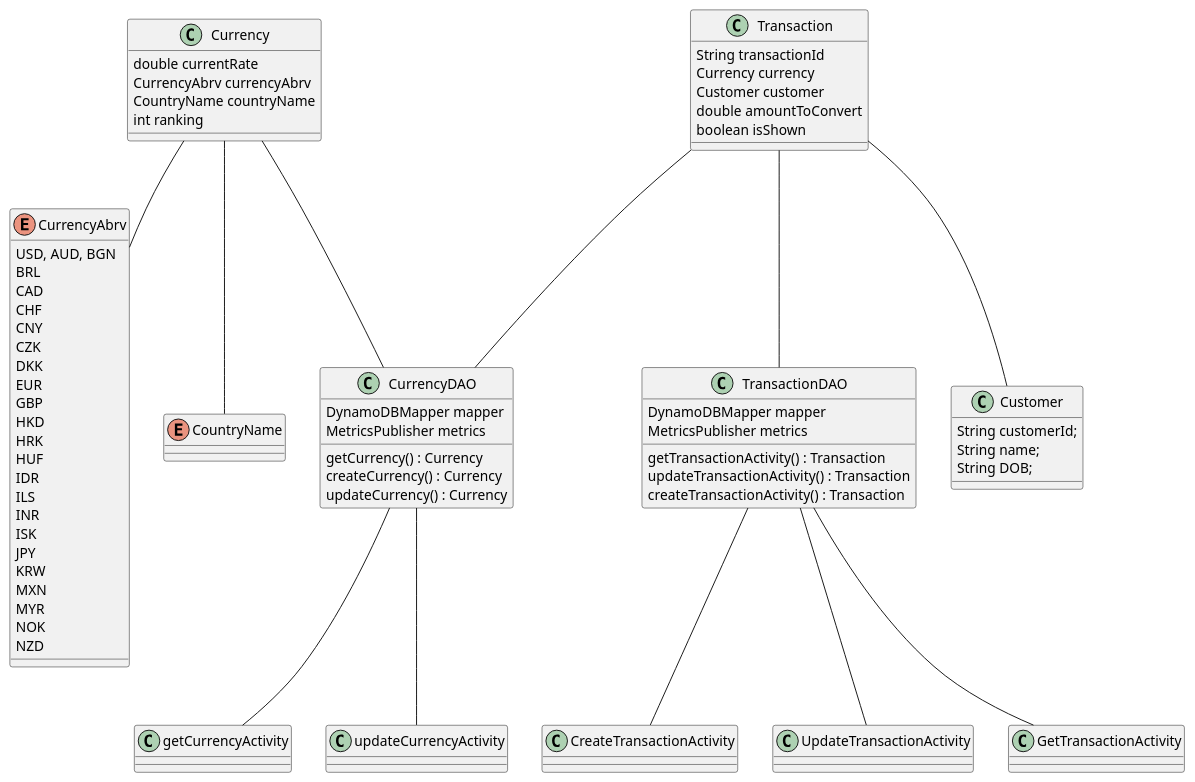
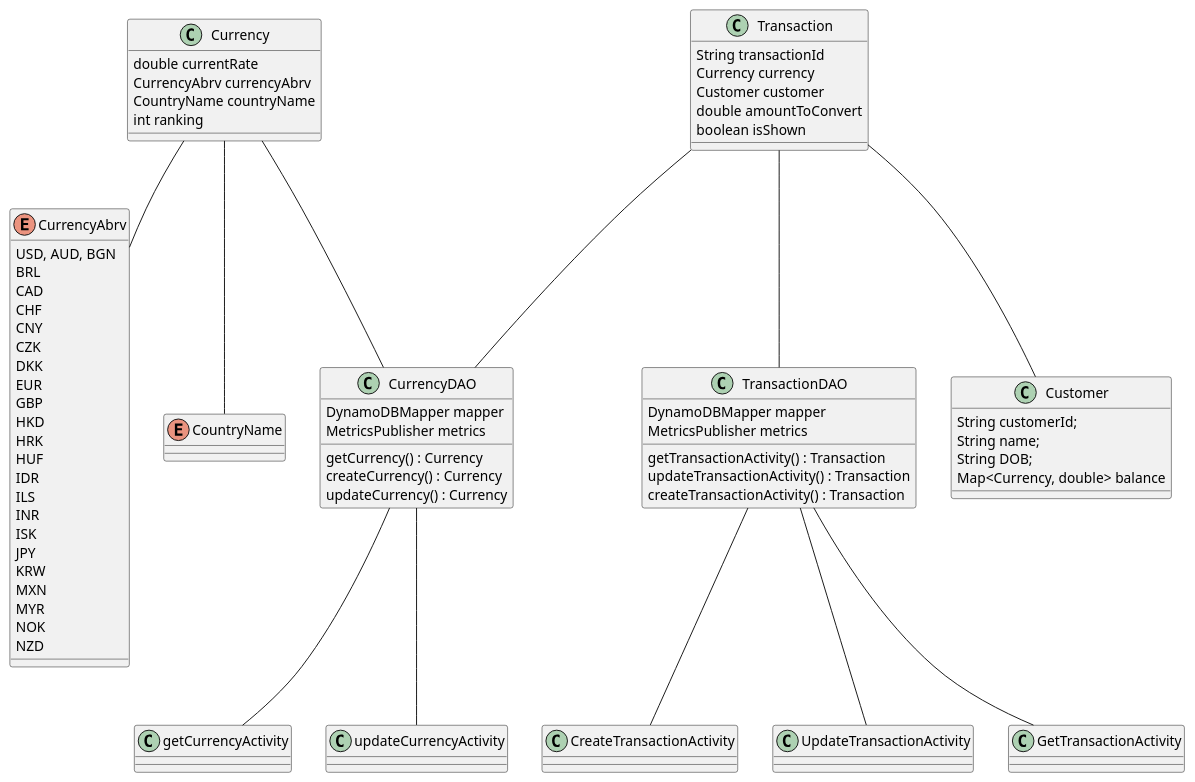
Before and after one commit to MattyOBar/CurrencyPal: the diagram in resources/currencyConverterCD.puml, drawn with PlantUML. The commit also changed 1 other file, not shown here.

```diff
--- a/resources/currencyConverterCD.puml
+++ b/resources/currencyConverterCD.puml
@@ -1,84 +1,85 @@
 @startuml
 Currency -- CurrencyAbrv
 Transaction -- TransactionDAO
 TransactionDAO -- CreateTransactionActivity
 TransactionDAO -- UpdateTransactionActivity
 TransactionDAO -- GetTransactionActivity
 Currency -- CurrencyDAO
 Transaction -- Customer
 Transaction -- CurrencyDAO
 CurrencyDAO -- getCurrencyActivity
 CurrencyDAO -- updateCurrencyActivity
 Currency -- CountryName
 class Currency {
 double currentRate
 CurrencyAbrv currencyAbrv
 CountryName countryName
 int ranking
 }
 ENUM CountryName{
 
 }
 
 ENUM CurrencyAbrv {
 USD, AUD, BGN
 BRL
 CAD
 CHF
 CNY
 CZK
 DKK
 EUR
 GBP
 HKD
 HRK
 HUF
 IDR
 ILS
 INR
 ISK
 JPY
 KRW
 MXN
 MYR
 NOK
 NZD
 }
 class CurrencyDAO {
 DynamoDBMapper mapper
 MetricsPublisher metrics
 getCurrency() : Currency
 createCurrency() : Currency
 updateCurrency() : Currency
 }
 
 class updateCurrencyActivity{
 }
 class getCurrencyActivity {
 }
 class TransactionDAO {
 DynamoDBMapper mapper
 MetricsPublisher metrics
 getTransactionActivity() : Transaction
 updateTransactionActivity() : Transaction
 createTransactionActivity() : Transaction
 }
 class Transaction {
 String transactionId
 Currency currency
 Customer customer
 double amountToConvert
 boolean isShown
 }
 class UpdateTransactionActivity {
 }
 class CreateTransactionActivity {
 }
 class GetTransactionActivity {
 }
 class Customer {
 String customerId;
 String name;
 String DOB;
+Map<Currency, double> balance
 }
 @enduml
```
